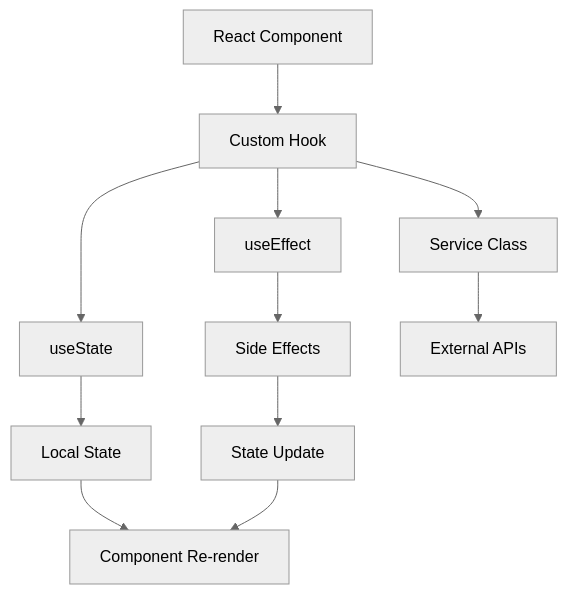
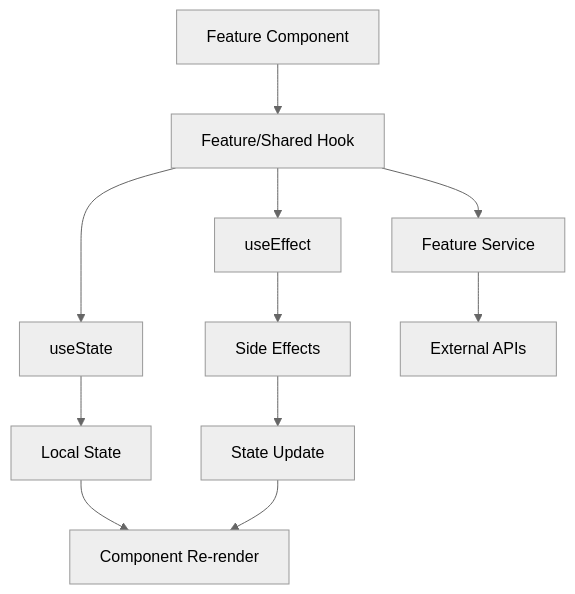
One commit to HyeonHo-Park/cardano-basic-dapp-1 changed the fifth of 5 diagrams in docs/data-flow.md. Above: the diagram before and after it, drawn with Mermaid (neutral theme). The commit also changed other lines of this file and 6 other files, not shown here.

````diff
--- a/docs/data-flow.md
+++ b/docs/data-flow.md
@@ -122,15 +122,15 @@
 ```mermaid
 flowchart TD
-    Component[React Component] --> UseHook[Custom Hook]
+    Component[Feature Component] --> UseHook[Feature/Shared Hook]
     UseHook --> UseState[useState]
     UseHook --> UseEffect[useEffect]
-    UseHook --> Service[Service Class]
+    UseHook --> Service[Feature Service]
 
     UseState --> LocalState[Local State]
     UseEffect --> SideEffects[Side Effects]
     Service --> ExternalAPI[External APIs]
 
     LocalState --> Render[Component Re-render]
     SideEffects --> StateUpdate[State Update]
     StateUpdate --> Render
 ```
````
